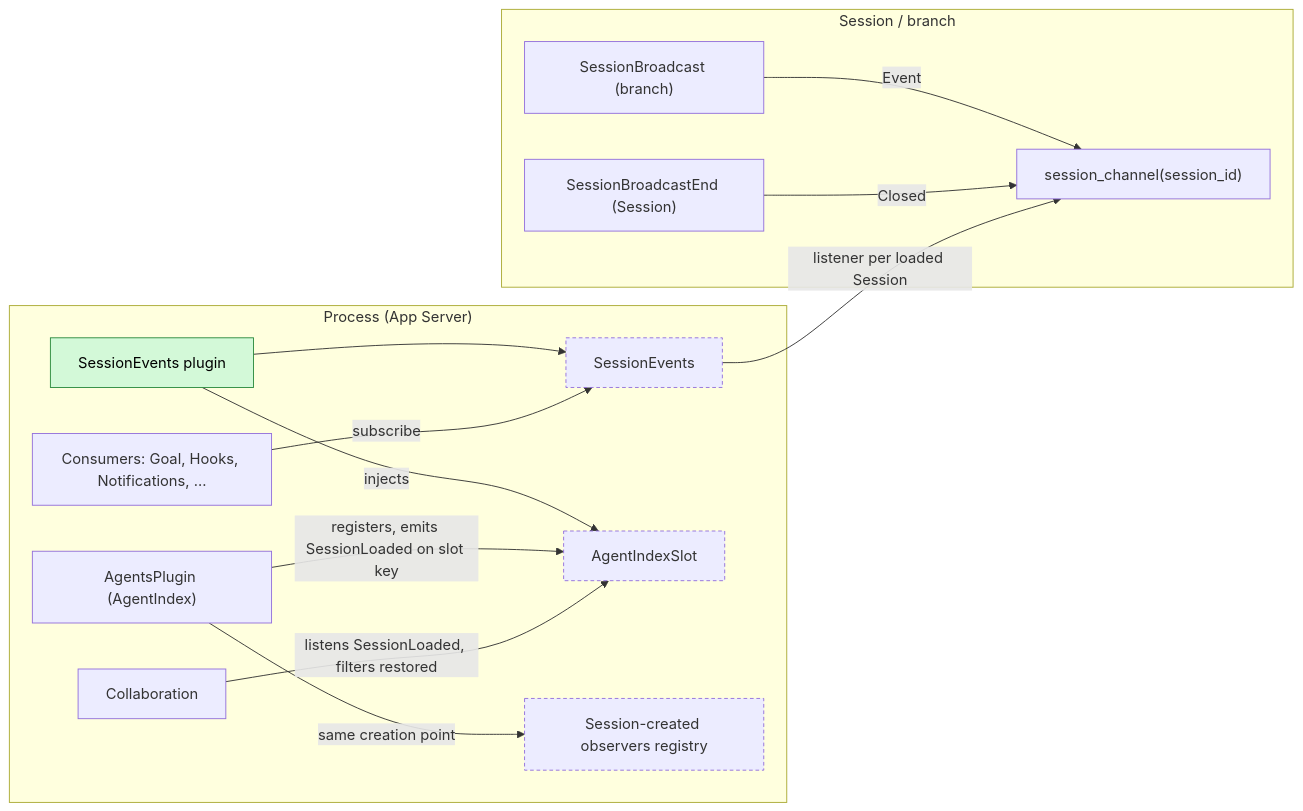
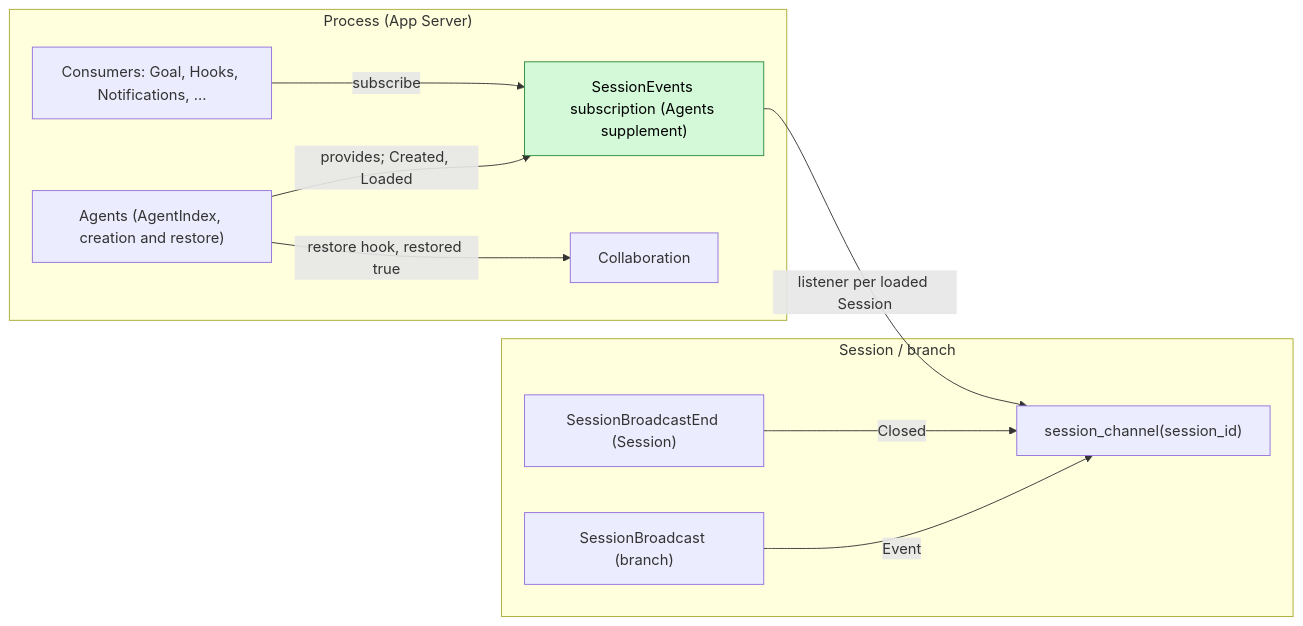
One commit to CoutinhoTTS/dim-agent changed the first of 5 diagrams in docs/design/contracts/session-broadcast-subscription.md. Above: the diagram before and after it, drawn with Mermaid. The commit also changed other lines of this file and 4 other files, not shown here.

````diff
--- a/docs/design/contracts/session-broadcast-subscription.md
+++ b/docs/design/contracts/session-broadcast-subscription.md
@@ -11,28 +9,21 @@
 ```mermaid
 flowchart LR
   subgraph PROC["Process (App Server)"]
-    SEP["SessionEvents plugin"]:::new
-    SE["SessionEvents"]:::contract
-    Slot["AgentIndexSlot"]:::contract
-    Agents["AgentsPlugin (AgentIndex)"]
-    Obs["Session-created observers registry"]:::contract
+    Agents["Agents (AgentIndex, creation and restore)"]
+    SE["SessionEvents subscription (Agents supplement)"]:::new
     Coll["Collaboration"]
     Cons["Consumers: Goal, Hooks, Notifications, ..."]
   end
   subgraph SESS["Session / branch"]
     SB["SessionBroadcast (branch)"]
     SBE["SessionBroadcastEnd (Session)"]
     Chan["session_channel(session_id)"]
   end
-  SEP --> SE
-  SEP -->|"injects"| Slot
-  Agents -->|"registers, emits SessionLoaded on slot key"| Slot
-  Agents -->|"same creation point"| Obs
-  Coll -->|"listens SessionLoaded, filters restored"| Slot
+  Agents -->|"provides; Created, Loaded"| SE
+  Agents -->|"restore hook, restored true"| Coll
   SB -->|"Event"| Chan
   SBE -->|"Closed"| Chan
   SE -->|"listener per loaded Session"| Chan
   Cons -->|"subscribe"| SE
   classDef new fill:#d3f9d8,stroke:#2b8a3e,color:#000
-  classDef contract stroke-dasharray:4 3
 ```
````
